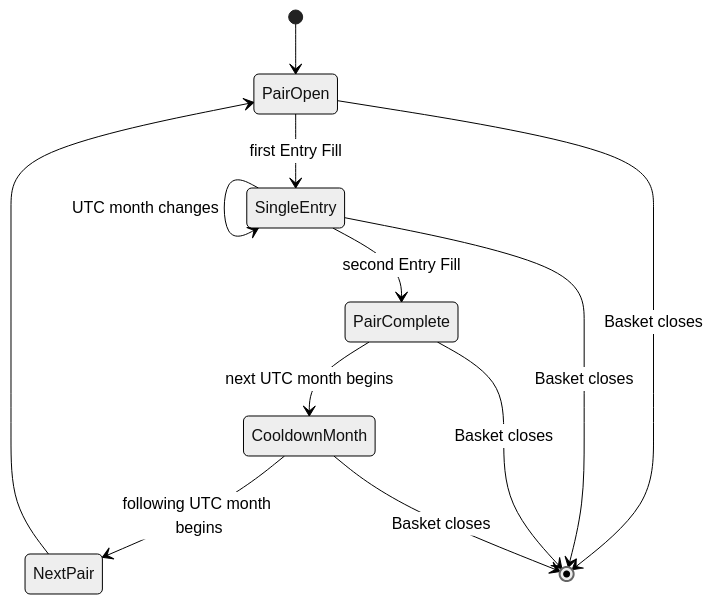
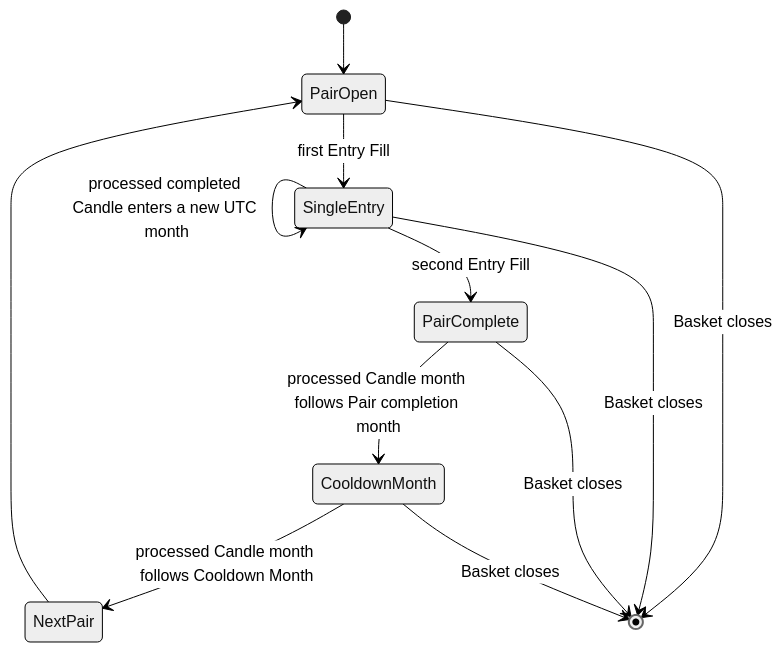
One commit to yukasung/tiewtrade changed the second of 2 diagrams in docs-site/content/entry-pair-cooldown.mdx. Above: the diagram before and after it, drawn with Mermaid (neutral theme). The commit also changed other lines of this file and 7 other files, not shown here.

````diff
--- a/docs-site/content/entry-pair-cooldown.mdx
+++ b/docs-site/content/entry-pair-cooldown.mdx
@@ -26,14 +26,14 @@
 ```mermaid
 stateDiagram-v2
     [*] --> PairOpen
     PairOpen --> SingleEntry: first Entry Fill
-    SingleEntry --> SingleEntry: UTC month changes
+    SingleEntry --> SingleEntry: processed completed Candle enters a new UTC month
     SingleEntry --> PairComplete: second Entry Fill
-    PairComplete --> CooldownMonth: next UTC month begins
-    CooldownMonth --> NextPair: following UTC month begins
+    PairComplete --> CooldownMonth: processed Candle month follows Pair completion month
+    CooldownMonth --> NextPair: processed Candle month follows Cooldown Month
     NextPair --> PairOpen
     PairOpen --> [*]: Basket closes
     SingleEntry --> [*]: Basket closes
     PairComplete --> [*]: Basket closes
     CooldownMonth --> [*]: Basket closes
 ```
````
